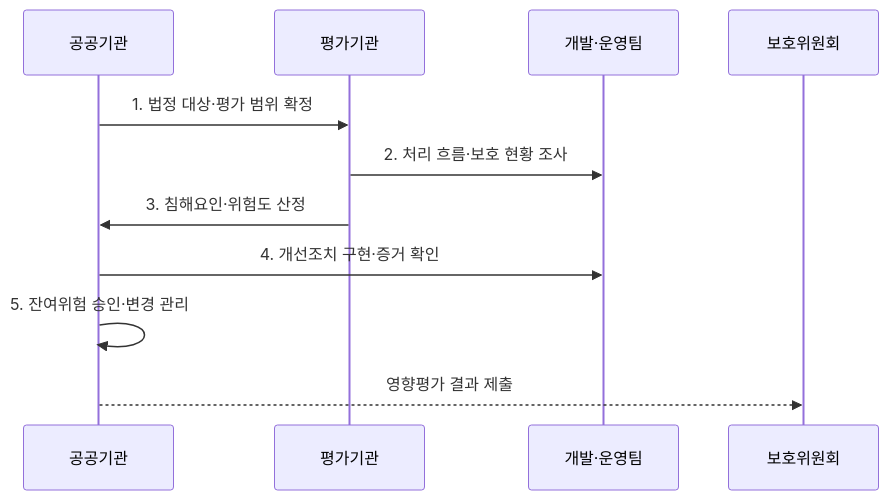
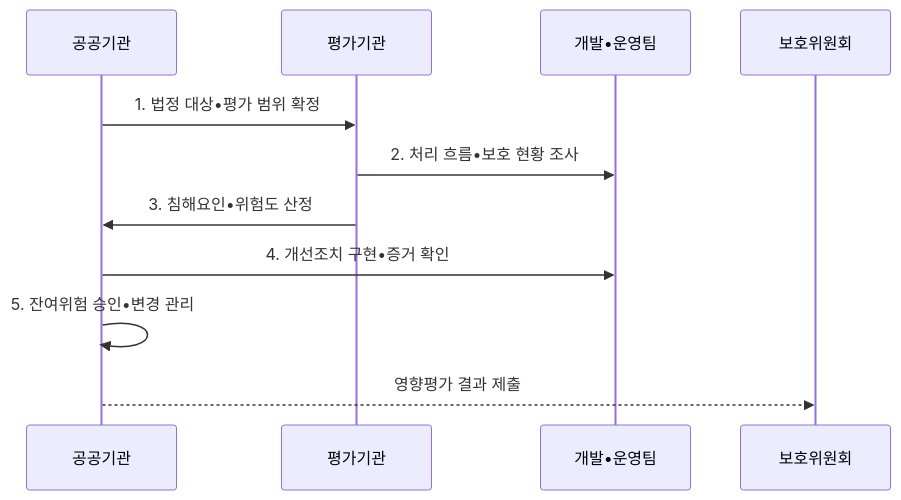
One commit to agnusdei1207/knowledge-base changed the second of 2 diagrams in src/content/docs/notes/05-security/097_privacy_impact_assessment.md. Above: the diagram before and after it, drawn with Mermaid. The commit also changed other lines of this file and 953 other files, not shown here.

````diff
--- a/src/content/docs/notes/05-security/097_privacy_impact_assessment.md
+++ b/src/content/docs/notes/05-security/097_privacy_impact_assessment.md
@@ -98,13 +98,13 @@
 ```mermaid
 sequenceDiagram
     participant O as 공공기관
     participant A as 평가기관
-    participant D as 개발·운영팀
+    participant D as 개발•운영팀
     participant P as 보호위원회
-    O->>A: 1. 법정 대상·평가 범위 확정
-    A->>D: 2. 처리 흐름·보호 현황 조사
-    A->>O: 3. 침해요인·위험도 산정
-    O->>D: 4. 개선조치 구현·증거 확인
-    O->>O: 5. 잔여위험 승인·변경 관리
+    O->>A: 1. 법정 대상•평가 범위 확정
+    A->>D: 2. 처리 흐름•보호 현황 조사
+    A->>O: 3. 침해요인•위험도 산정
+    O->>D: 4. 개선조치 구현•증거 확인
+    O->>O: 5. 잔여위험 승인•변경 관리
     O-->>P: 영향평가 결과 제출
 ```
````
